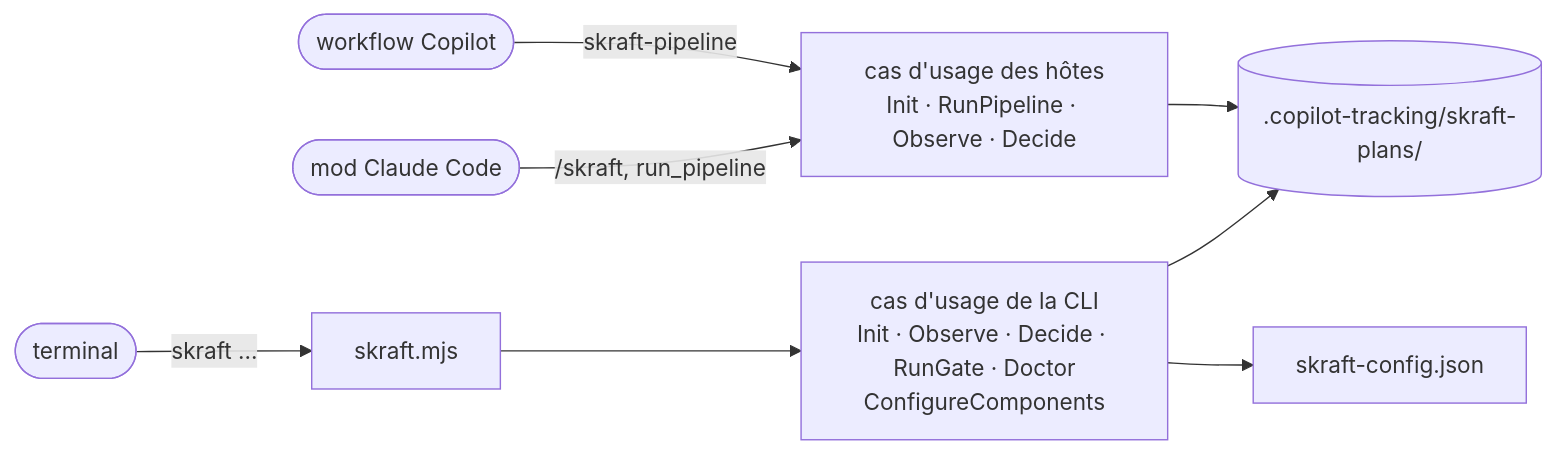
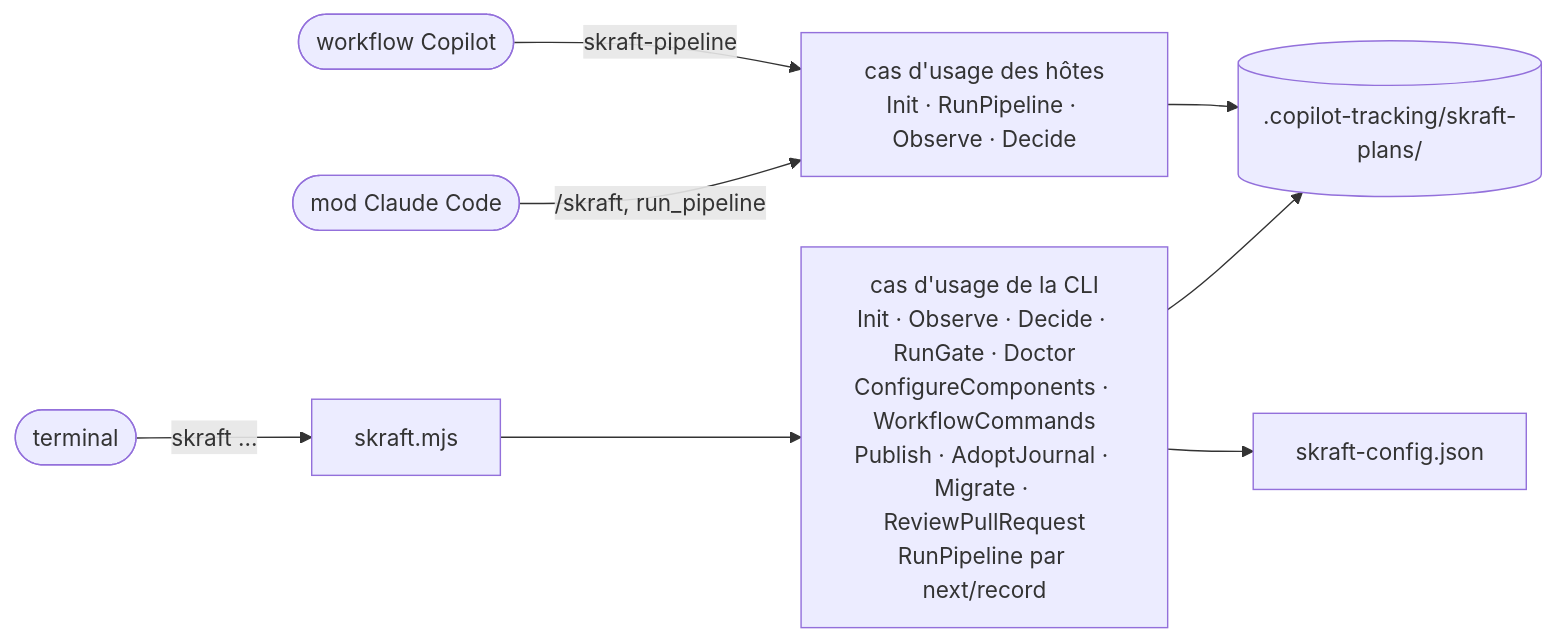
Before and after one commit to SebastienDegodez/skraft-plugin: the first of 4 diagrams in docs/site/fr/reference/cli.md, drawn with Mermaid. The commit also changed other lines of this file and 34 other files, not shown here.

First line of the commit message:
docs: la documentation décrit la V2 (README, architecture, site FR/EN, référence CLI) (#288)

````diff
--- a/docs/site/fr/reference/cli.md
+++ b/docs/site/fr/reference/cli.md
@@ -41,11 +42,11 @@
 ```mermaid
 flowchart LR
     T([terminal]) -->|skraft …| CLI[skraft.mjs]
     M([mod Claude Code]) -->|/skraft, run_pipeline| HP
     W([workflow Copilot]) -->|skraft-pipeline| HP
-    CLI --> UC[cas d'usage de la CLI<br/>Init · Observe · Decide · RunGate · Doctor<br/>ConfigureComponents]
+    CLI --> UC[cas d'usage de la CLI<br/>Init · Observe · Decide · RunGate · Doctor<br/>ConfigureComponents · WorkflowCommands<br/>Publish · AdoptJournal · Migrate · ReviewPullRequest<br/>RunPipeline par next/record]
     HP[cas d'usage des hôtes<br/>Init · RunPipeline · Observe · Decide]
     UC --> J[(.copilot-tracking/skraft-plans/)]
     HP --> J
     UC --> C[skraft-config.json]
 ```
````
